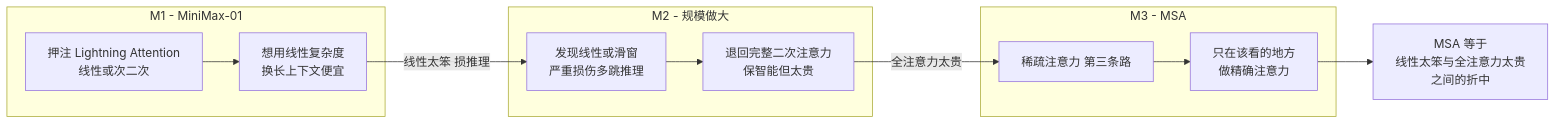
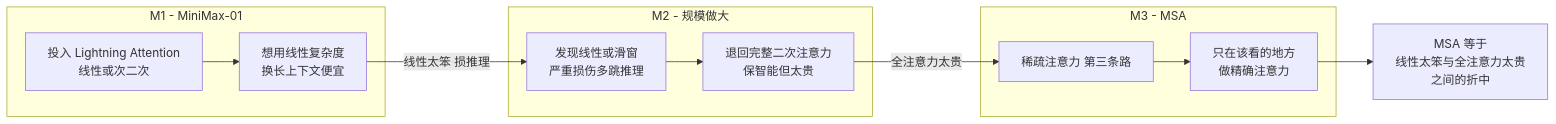
Before and after one commit to lloo099/mission44: the first of 4 diagrams in docs/blog/dispatch-04-minimax-msa.md, drawn with Mermaid. The commit also changed other lines of this file and 22 other files, not shown here.

````diff
--- a/docs/blog/dispatch-04-minimax-msa.md
+++ b/docs/blog/dispatch-04-minimax-msa.md
@@ -21,21 +21,21 @@
 ```mermaid
 flowchart LR
     subgraph M1 ["M1 - MiniMax-01"]
-        A1["押注 Lightning Attention<br/>线性或次二次"]
+        A1["投入 Lightning Attention<br/>线性或次二次"]
         A2["想用线性复杂度<br/>换长上下文便宜"]
         A1 --> A2
     end
     subgraph M2 ["M2 - 规模做大"]
         B1["发现线性或滑窗<br/>严重损伤多跳推理"]
         B2["退回完整二次注意力<br/>保智能但太贵"]
         B1 --> B2
     end
     subgraph M3 ["M3 - MSA"]
         C1["稀疏注意力 第三条路"]
         C2["只在该看的地方<br/>做精确注意力"]
         C1 --> C2
     end
     A2 -->|"线性太笨 损推理"| B1
     B2 -->|"全注意力太贵"| C1
     C2 --> D["MSA 等于<br/>线性太笨与全注意力太贵<br/>之间的折中"]
 ```
````
